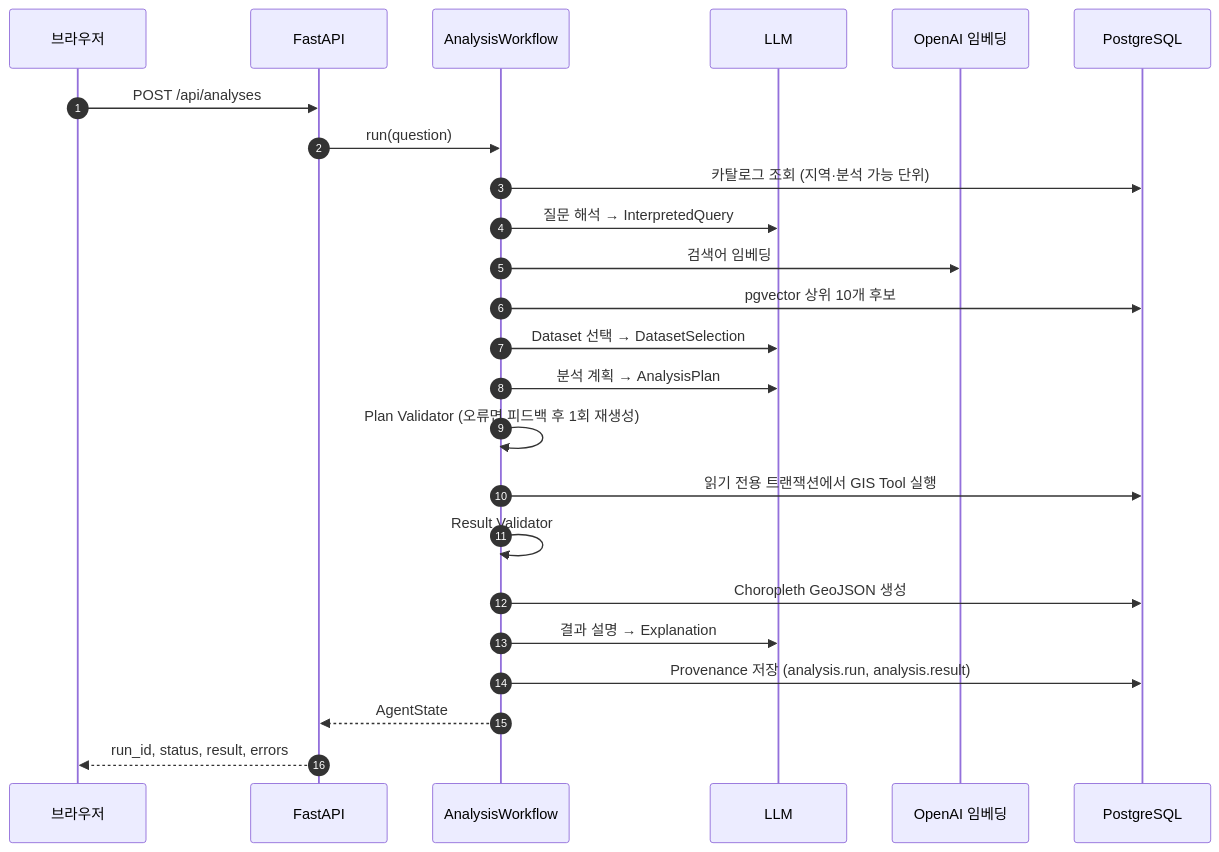
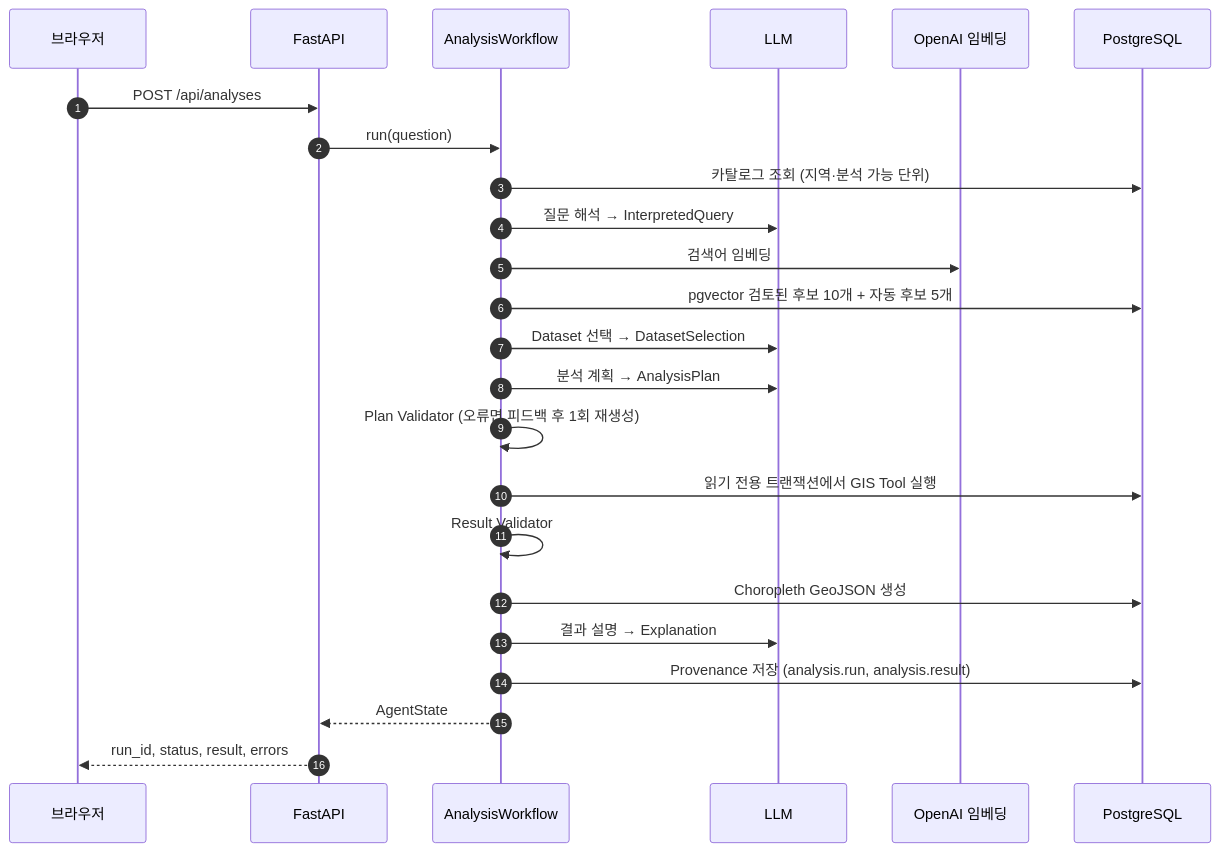
One commit to sjunc/MapGPT changed the second of 4 diagrams in backend/docs/agent-design-overview.md. Above: the diagram before and after it, drawn with Mermaid. The commit also changed other lines of this file and 5 other files, not shown here.

````diff
--- a/backend/docs/agent-design-overview.md
+++ b/backend/docs/agent-design-overview.md
@@ -128,26 +128,26 @@
 ```mermaid
 sequenceDiagram
     autonumber
     participant U as 브라우저
     participant API as FastAPI
     participant W as AnalysisWorkflow
     participant L as LLM
     participant E as OpenAI 임베딩
     participant DB as PostgreSQL
     U->>API: POST /api/analyses
     API->>W: run(question)
     W->>DB: 카탈로그 조회 (지역·분석 가능 단위)
     W->>L: 질문 해석 → InterpretedQuery
     W->>E: 검색어 임베딩
-    W->>DB: pgvector 상위 10개 후보
+    W->>DB: pgvector 검토된 후보 10개 + 자동 후보 5개
     W->>L: Dataset 선택 → DatasetSelection
     W->>L: 분석 계획 → AnalysisPlan
     W->>W: Plan Validator (오류면 피드백 후 1회 재생성)
     W->>DB: 읽기 전용 트랜잭션에서 GIS Tool 실행
     W->>W: Result Validator
     W->>DB: Choropleth GeoJSON 생성
     W->>L: 결과 설명 → Explanation
     W->>DB: Provenance 저장 (analysis.run, analysis.result)
     W-->>API: AgentState
     API-->>U: run_id, status, result, errors
 ```
````
